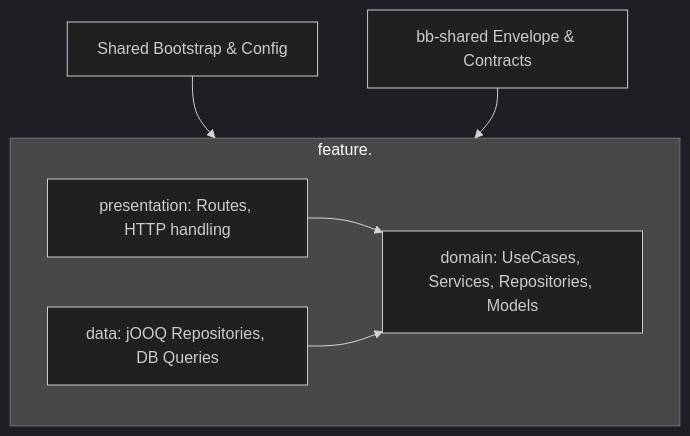
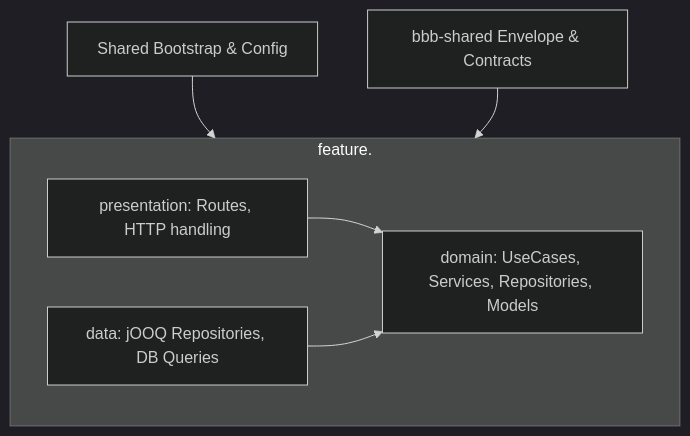
One commit to kevinrjones/acs_ball_by_ball changed the second of 3 diagrams in docs/architecture/applications.md. Above: the diagram before and after it, drawn with Mermaid (dark theme). The commit also changed other lines of this file and 155 other files, not shown here.

````diff
--- a/docs/architecture/applications.md
+++ b/docs/architecture/applications.md
@@ -87,12 +87,12 @@
 ```mermaid
 flowchart TD
     subgraph FeatureSlice["feature.<feature_name>"]
         Presentation[presentation: Routes, HTTP handling]
         Domain[domain: UseCases, Services, Repositories, Models]
         Data[data: jOOQ Repositories, DB Queries]
         Presentation --> Domain
         Data --> Domain
     end
     Bootstrap[Shared Bootstrap & Config] --> FeatureSlice
-    SharedContracts[bb-shared Envelope & Contracts] --> FeatureSlice
+    SharedContracts[bbb-shared Envelope & Contracts] --> FeatureSlice
 ```
````
